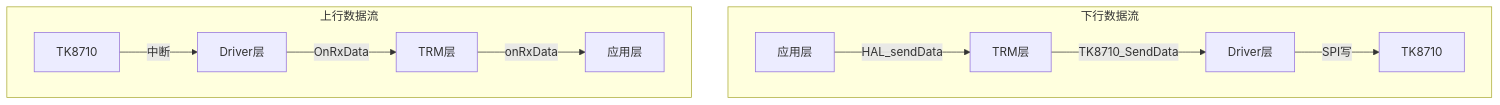
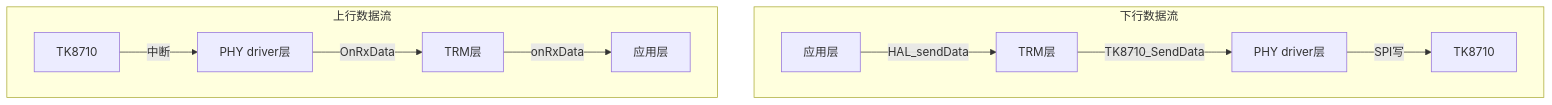
Before and after one commit to jhh525097562/tk8710_hal_v1.3: diagram 13 of 13 in docs/8710_HAL编程指南-v0.02.md, drawn with Mermaid. The commit also changed other lines of this file and 8 other files, not shown here.

````diff
--- a/docs/8710_HAL编程指南-v0.02.md
+++ b/docs/8710_HAL编程指南-v0.02.md
@@ -631,14 +1660,14 @@
 ```mermaid
 flowchart TB
     subgraph 下行数据流
         APP1[应用层] -->|HAL_sendData| TRM1[TRM层]
-        TRM1 -->|TK8710_SendData| DRV1[Driver层]
+        TRM1 -->|TK8710_SendData| DRV1[PHY driver层]
         DRV1 -->|SPI写| HW1[TK8710]
     end
-    
+  
     subgraph 上行数据流
-        HW2[TK8710] -->|中断| DRV2[Driver层]
+        HW2[TK8710] -->|中断| DRV2[PHY driver层]
         DRV2 -->|OnRxData| TRM2[TRM层]
         TRM2 -->|onRxData| APP2[应用层]
     end
 ```
````
